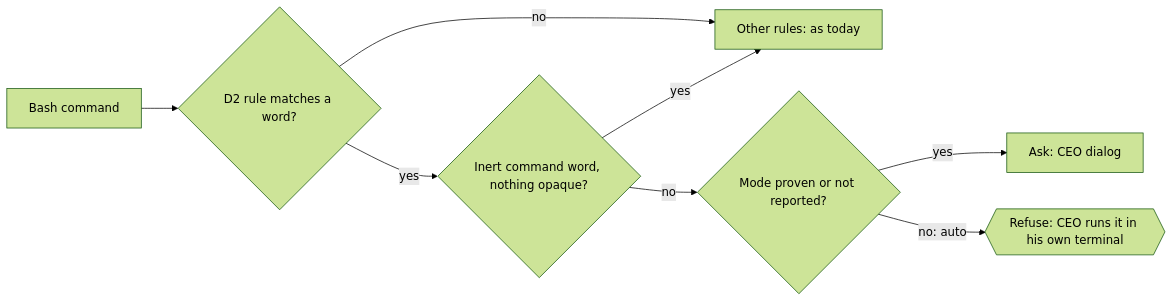
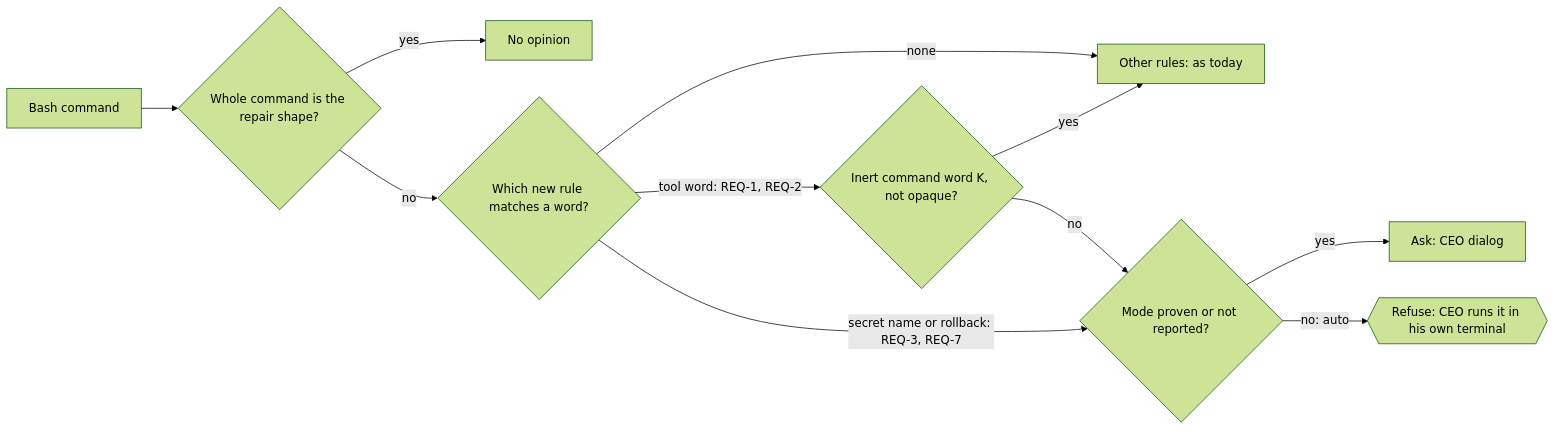
Before and after one commit to GktuOktay/claude-agency-v2: the first of 2 diagrams in specs/draft/0010-guard-hardening.md, drawn with Mermaid (forest theme). The commit also changed other lines of this file, not shown here.

Commit message:
docs(spec): 0010 round 2, gate findings folded (worktree for hook sources, repair shape first, rollback rule)

````diff
--- a/specs/draft/0010-guard-hardening.md
+++ b/specs/draft/0010-guard-hardening.md
@@ -36,10 +35,13 @@
 ```mermaid
 flowchart LR
-  A[Bash command] --> D{D2 rule matches a word?}
-  D -- no --> N[Other rules: as today]
-  D -- yes --> K{Inert command word, nothing opaque?}
-  K -- yes --> N
+  A[Bash command] --> R{Whole command is the repair shape?}
+  R -- yes --> N[No opinion]
+  R -- no --> D{Which new rule matches a word?}
+  D -- none --> T[Other rules: as today]
+  D -- tool word: REQ-1, REQ-2 --> K{Inert command word K, not opaque?}
+  D -- secret name or rollback: REQ-3, REQ-7 --> M
+  K -- yes --> T
   K -- no --> M{Mode proven or not reported?}
   M -- yes --> Q[Ask: CEO dialog]
   M -- no: auto --> X{{Refuse: CEO runs it in his own terminal}}
 ```
````
